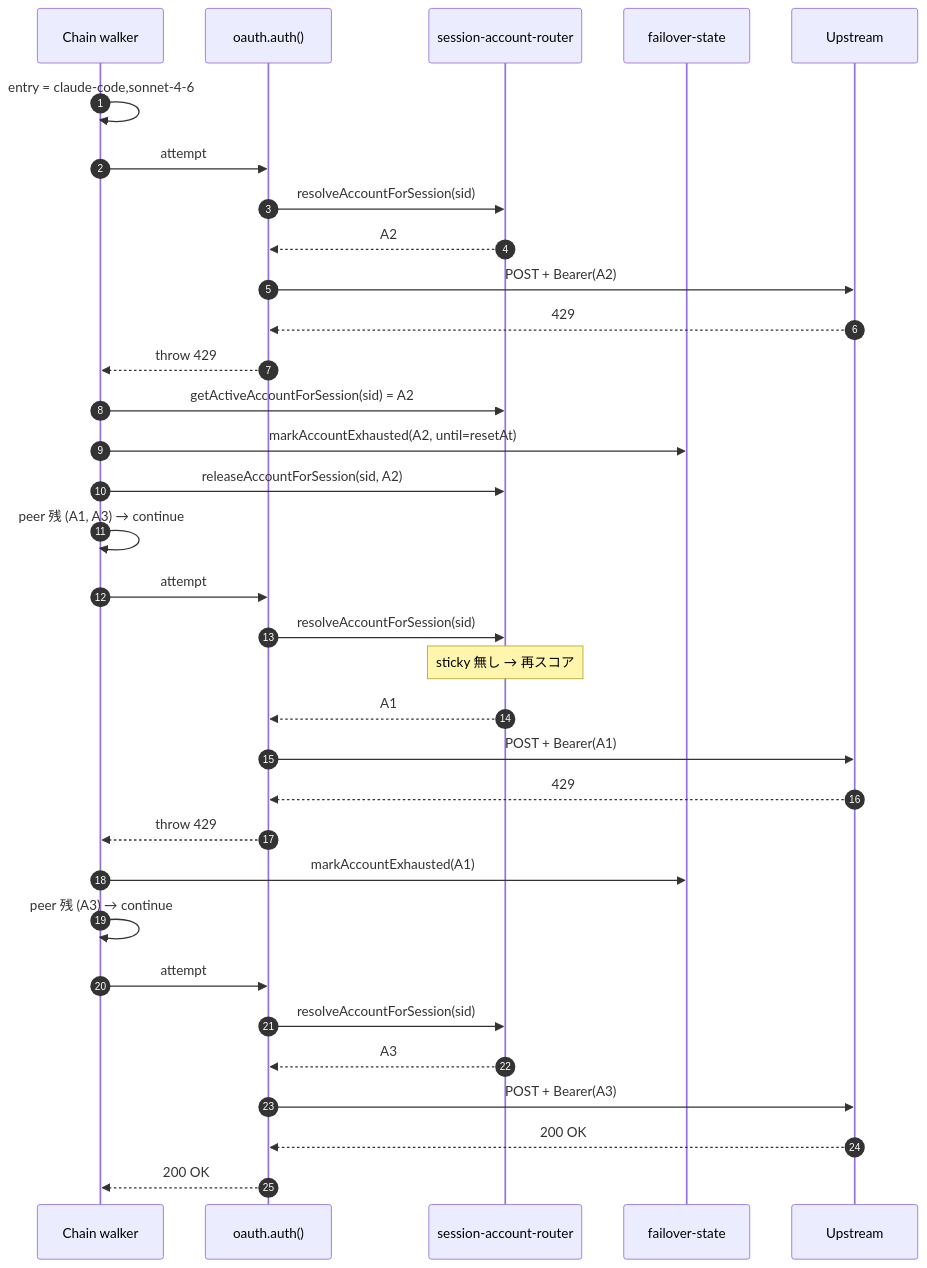
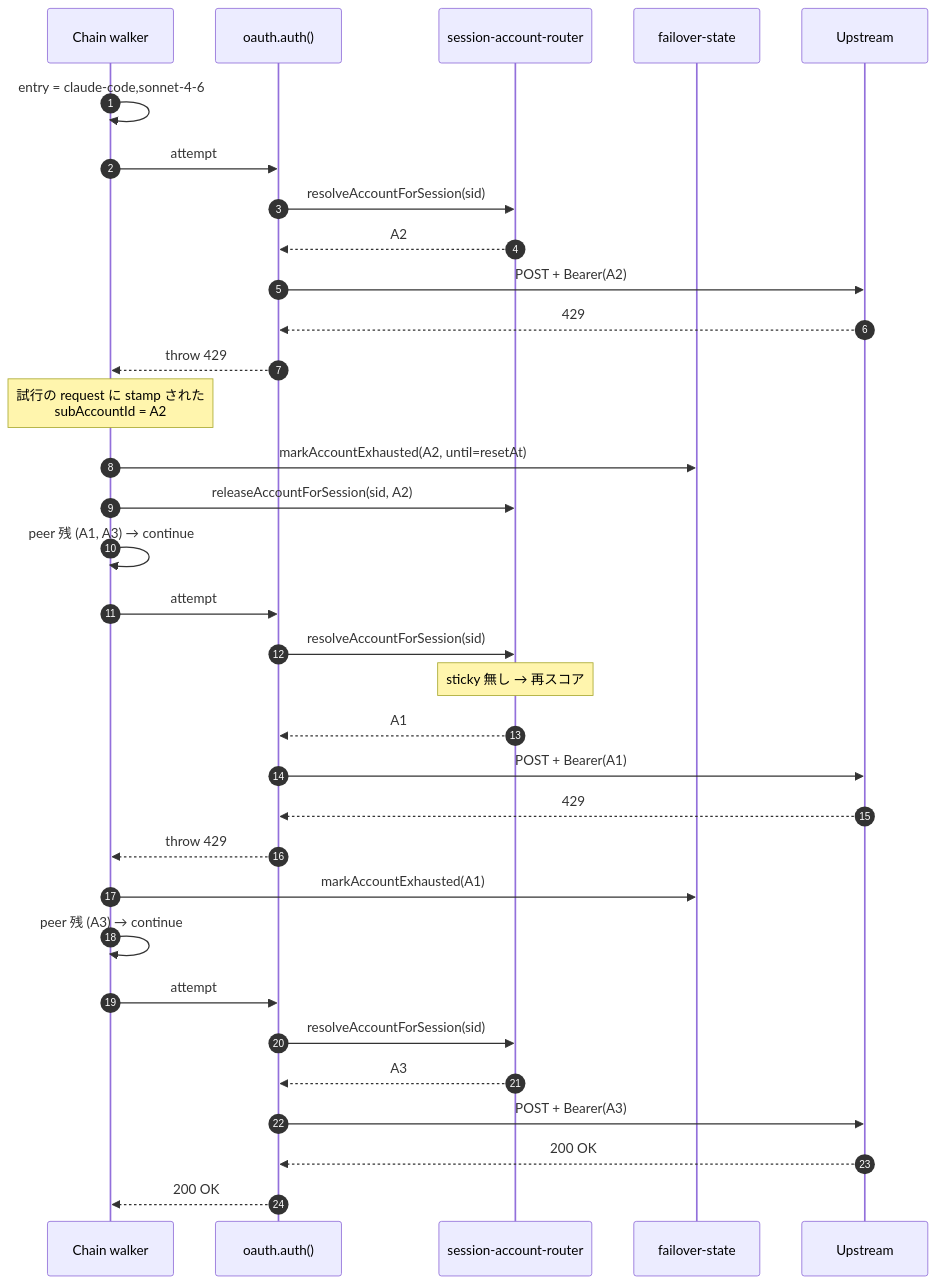
One commit to tkgstrator/rialto changed the sixth of 12 diagrams in docs/architecture/pipeline-overview.md. Above: the diagram before and after it, drawn with Mermaid. The commit also changed other lines of this file and 21 other files, not shown here.

````diff
--- a/docs/architecture/pipeline-overview.md
+++ b/docs/architecture/pipeline-overview.md
@@ -274,38 +284,38 @@
 ```mermaid
 sequenceDiagram
   autonumber
   participant W as Chain walker
   participant T as oauth.auth()
   participant SAR as session-account-router
   participant FS as failover-state
   participant U as Upstream
 
   W->>W: entry = claude-code,sonnet-4-6
   W->>T: attempt #1
   T->>SAR: resolveAccountForSession(sid)
   SAR-->>T: A2
   T->>U: POST + Bearer(A2)
   U-->>T: 429
   T-->>W: throw 429
-  W->>SAR: getActiveAccountForSession(sid) = A2
+  Note over W: 試行の request に stamp された<br/>subAccountId = A2
   W->>FS: markAccountExhausted(A2, until=resetAt)
   W->>SAR: releaseAccountForSession(sid, A2)
   W->>W: peer 残 (A1, A3) → continue
 
   W->>T: attempt #2
   T->>SAR: resolveAccountForSession(sid)
   Note over SAR: sticky 無し → 再スコア
   SAR-->>T: A1
   T->>U: POST + Bearer(A1)
   U-->>T: 429
   T-->>W: throw 429
   W->>FS: markAccountExhausted(A1)
   W->>W: peer 残 (A3) → continue
 
   W->>T: attempt #3
   T->>SAR: resolveAccountForSession(sid)
   SAR-->>T: A3
   T->>U: POST + Bearer(A3)
   U-->>T: 200 OK
   T-->>W: 200 OK
 ```
````
